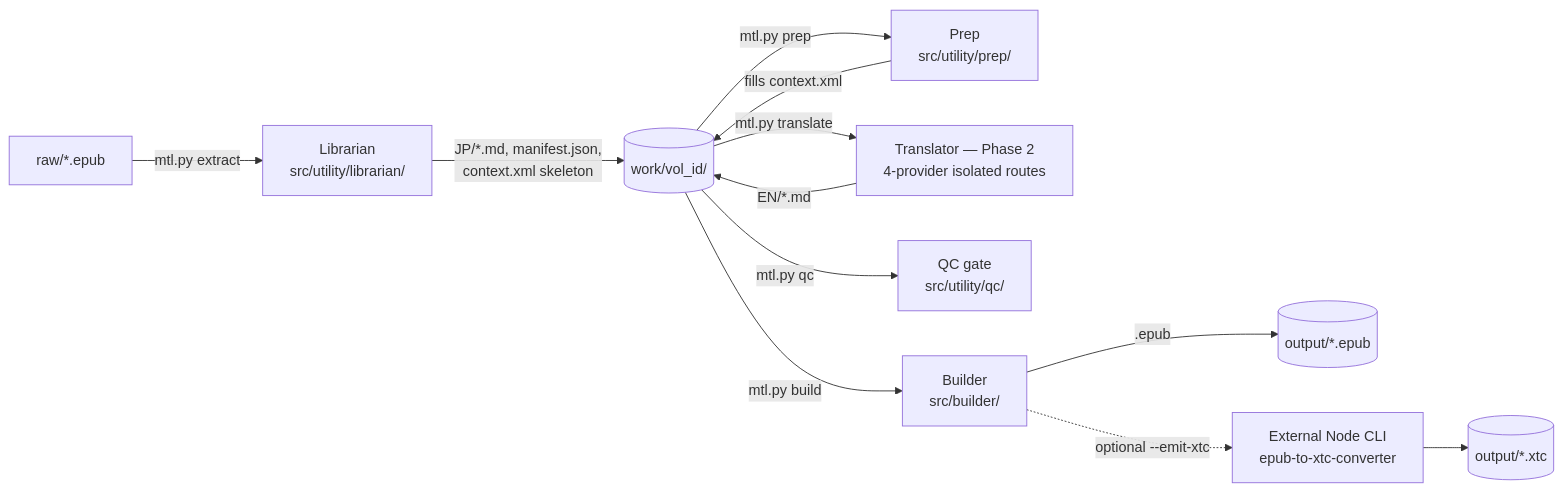
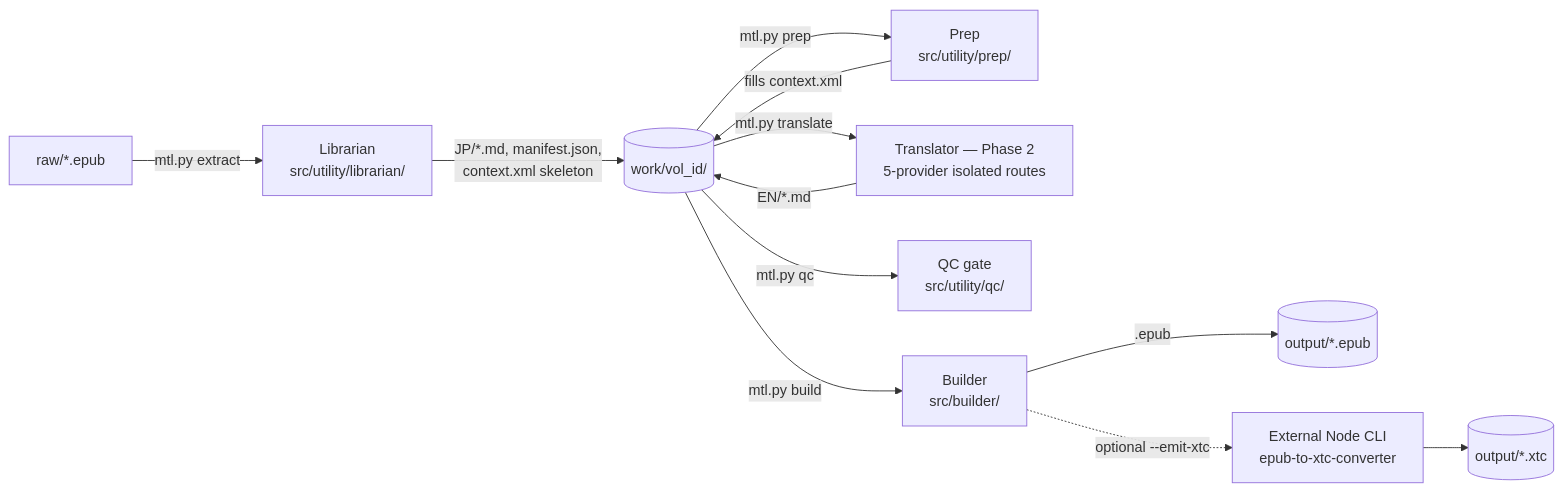
One commit to thang97-21/llm-LN-translator changed the diagram in ARCHITECTURE.md. Above: the diagram before and after it, drawn with Mermaid. The commit also changed other lines of this file and 1 other file, not shown here.

Commit message:
docs: bring ARCHITECTURE.md and README.md in line with the 5-provider pipeline

````diff
--- a/ARCHITECTURE.md
+++ b/ARCHITECTURE.md
@@ -21,14 +21,14 @@
 ```mermaid
 flowchart LR
     A[raw/*.epub] -->|mtl.py extract| B[Librarian\nsrc/utility/librarian/]
     B -->|JP/*.md, manifest.json,\ncontext.xml skeleton| W[(work/vol_id/)]
     W -->|mtl.py prep| C[Prep\nsrc/utility/prep/]
     C -->|fills context.xml| W
-    W -->|mtl.py translate| D[Translator — Phase 2\n4-provider isolated routes]
+    W -->|mtl.py translate| D[Translator — Phase 2\n5-provider isolated routes]
     D -->|EN/*.md| W
     W -->|mtl.py qc| E[QC gate\nsrc/utility/qc/]
     W -->|mtl.py build| F[Builder\nsrc/builder/]
     F -->|.epub| O[(output/*.epub)]
     F -.optional --emit-xtc.-> X[External Node CLI\nepub-to-xtc-converter]
     X --> OX[(output/*.xtc)]
 ```
````
